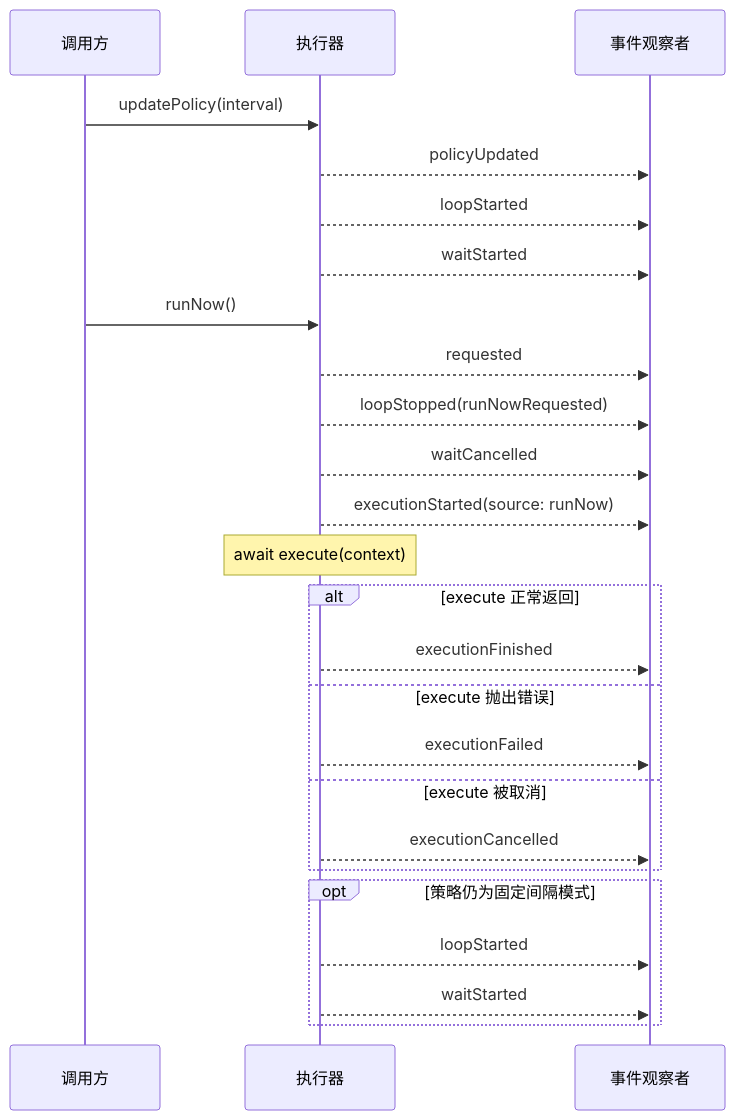
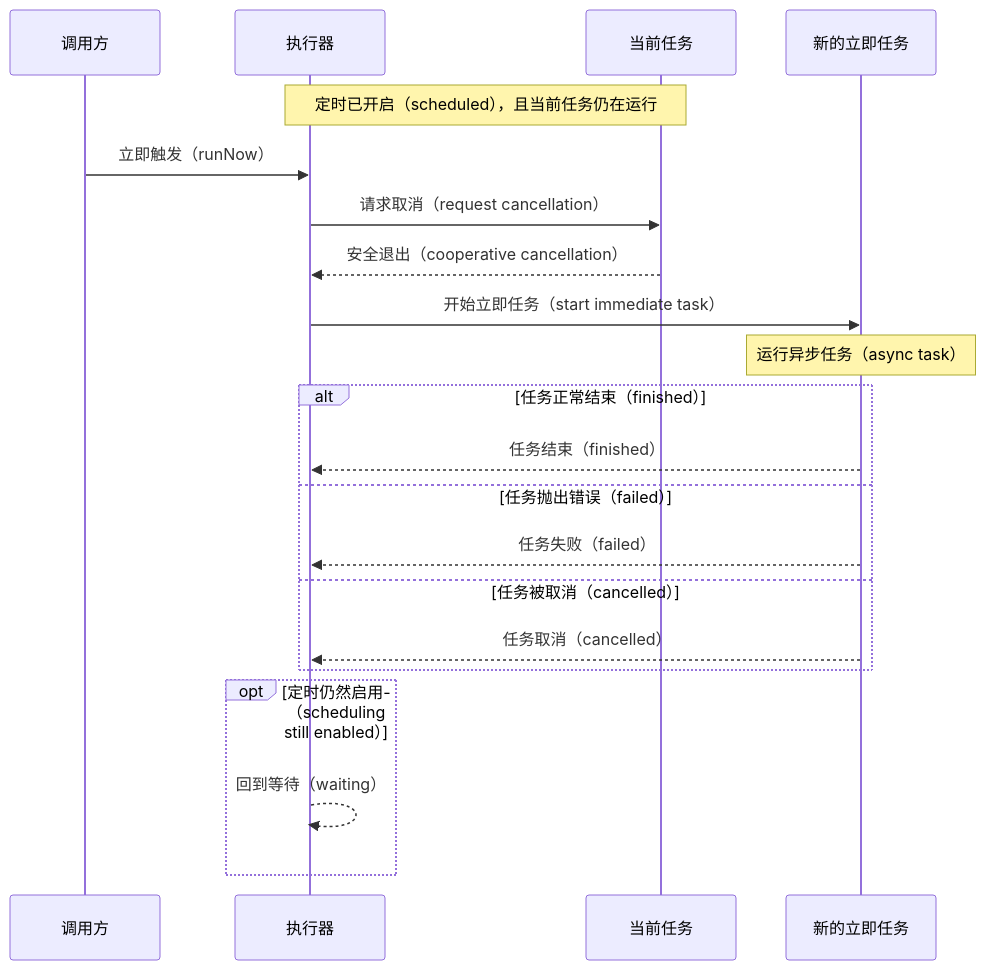
Before and after one commit to shensven/swift-sequential-executor: the second of 2 diagrams in README-zh-CN.md, drawn with Mermaid. The commit also changed other lines of this file and 1 other file, not shown here.

Commit message:
docs: update README files to clarify SequentialExecutor features and usage

````diff
--- a/README-zh-CN.md
+++ b/README-zh-CN.md
@@ -175,31 +179,27 @@
 ```mermaid
 sequenceDiagram
     participant Caller as 调用方
     participant Executor as 执行器
-    participant Observer as 事件观察者
+    participant CurrentTask as 当前任务
+    participant NextTask as 新的立即任务
 
-    Caller->>Executor: updatePolicy(interval)
-    Executor-->>Observer: policyUpdated
-    Executor-->>Observer: loopStarted
-    Executor-->>Observer: waitStarted
+    Note over Executor,CurrentTask: 定时已开启（scheduled），且当前任务仍在运行
 
-    Caller->>Executor: runNow()
-    Executor-->>Observer: requested
-    Executor-->>Observer: loopStopped(runNowRequested)
-    Executor-->>Observer: waitCancelled
-    Executor-->>Observer: executionStarted(source: runNow)
-    Note over Executor: await execute(context)
+    Caller->>Executor: 立即触发（runNow）
+    Executor->>CurrentTask: 请求取消（request cancellation）
+    CurrentTask-->>Executor: 安全退出（cooperative cancellation）
+    Executor->>NextTask: 开始立即任务（start immediate task）
+    Note over NextTask: 运行异步任务（async task）
 
-    alt execute 正常返回
-        Executor-->>Observer: executionFinished
-    else execute 抛出错误
-        Executor-->>Observer: executionFailed
-    else execute 被取消
-        Executor-->>Observer: executionCancelled
+    alt 任务正常结束（finished）
+        NextTask-->>Executor: 任务结束（finished）
+    else 任务抛出错误（failed）
+        NextTask-->>Executor: 任务失败（failed）
+    else 任务被取消（cancelled）
+        NextTask-->>Executor: 任务取消（cancelled）
     end
 
-    opt 策略仍为固定间隔模式
-        Executor-->>Observer: loopStarted
-        Executor-->>Observer: waitStarted
+    opt 定时仍然启用（scheduling still enabled）
+        Executor-->>Executor: 回到等待（waiting）
     end
 ```
````
